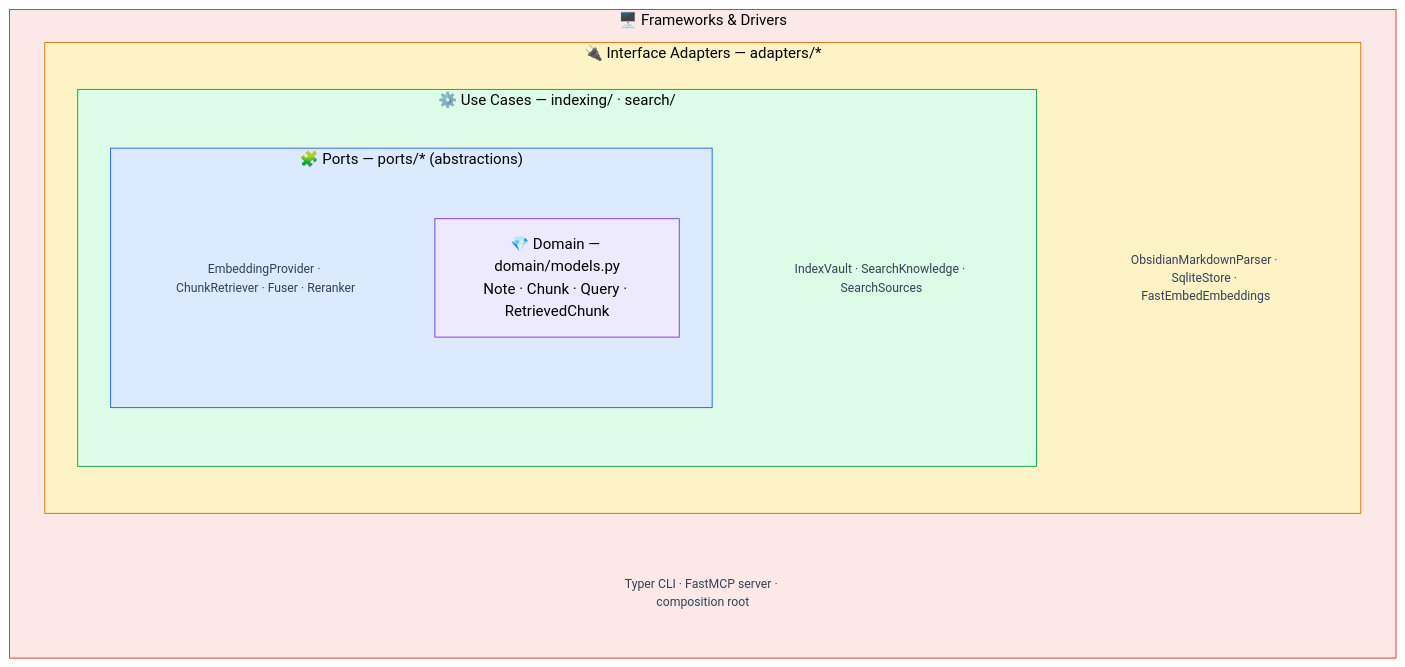
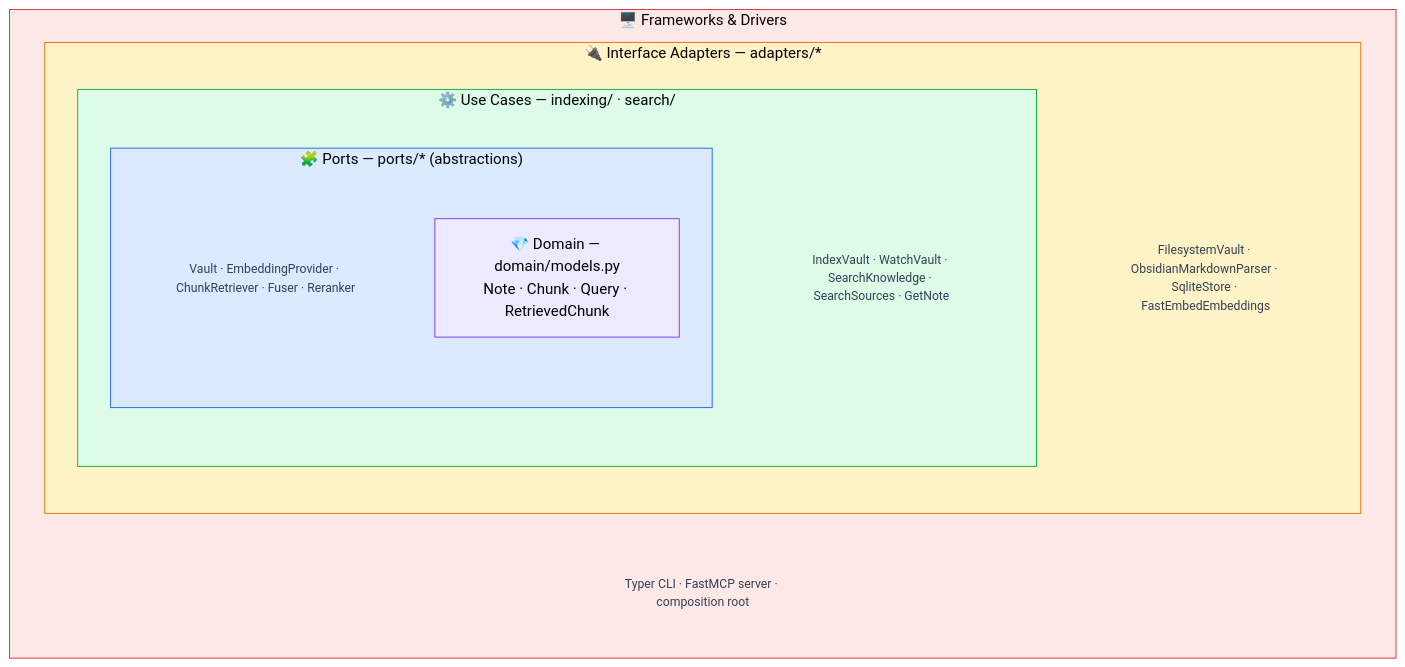
Before and after one commit to paull78/ariostea: the diagram in README.md, drawn with Mermaid (base theme). The commit also changed other lines of this file and 5 other files, not shown here.

Commit message:
vault-hardening step 09: README, example config, ARCHITECTURE.md (AC-18)

````diff
--- a/README.md
+++ b/README.md
@@ -33,25 +33,25 @@
 ```mermaid
 flowchart TB
     subgraph FD["🖥️ Frameworks & Drivers"]
         FDex["Typer CLI · FastMCP server · composition root"]
         subgraph IA["🔌 Interface Adapters — adapters/*"]
-            IAex["ObsidianMarkdownParser · SqliteStore · FastEmbedEmbeddings"]
+            IAex["FilesystemVault · ObsidianMarkdownParser · SqliteStore · FastEmbedEmbeddings"]
             subgraph UC["⚙️ Use Cases — indexing/ · search/"]
-                UCex["IndexVault · SearchKnowledge · SearchSources"]
+                UCex["IndexVault · WatchVault · SearchKnowledge · SearchSources · GetNote"]
                 subgraph PO["🧩 Ports — ports/* (abstractions)"]
-                    POex["EmbeddingProvider · ChunkRetriever · Fuser · Reranker"]
+                    POex["Vault · EmbeddingProvider · ChunkRetriever · Fuser · Reranker"]
                     DM["💎 Domain — domain/models.py<br/>Note · Chunk · Query · RetrievedChunk"]
                 end
             end
         end
     end
 
     classDef fd fill:#fde8e8,stroke:#d33,color:#000;
     classDef ia fill:#fef3c7,stroke:#d97706,color:#000;
     classDef uc fill:#dcfce7,stroke:#16a34a,color:#000;
     classDef po fill:#dbeafe,stroke:#2563eb,color:#000;
     classDef dm fill:#ede9fe,stroke:#7c3aed,color:#000;
     classDef ex fill:transparent,stroke-width:0px,color:#334155,font-size:13px;
     class FD fd; class IA ia; class UC uc; class PO po; class DM dm;
     class FDex,IAex,UCex,POex ex;
 ```
````
